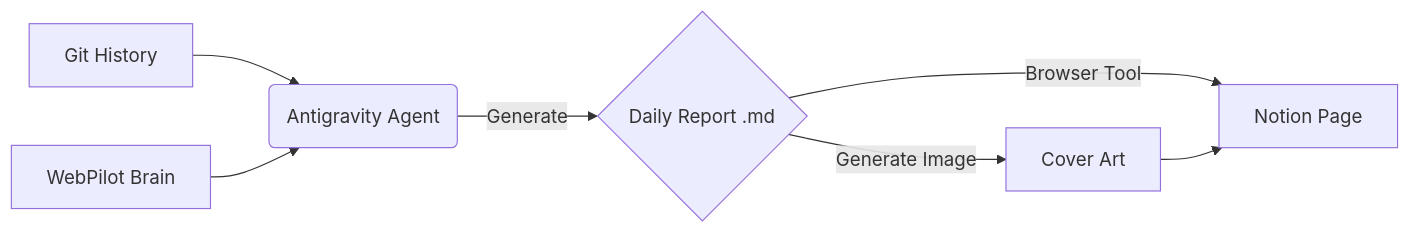
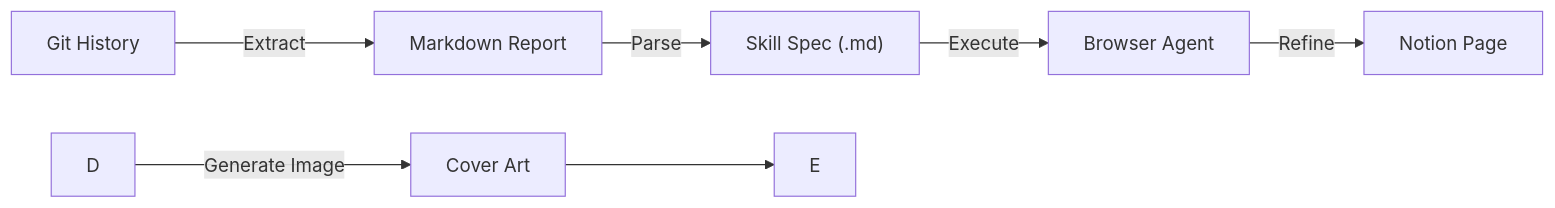
The diagram in src/content/reports/daily_rnd_report_2026_01_15.md (Yesol-Pilot/WebPilot-Engine), drawn with Mermaid before and after one commit. The commit also changed other lines of this file and 17 other files, not shown here.

Commit message:
feat: add Jan 16 report and fix mermaid syntax

````diff
--- a/src/content/reports/daily_rnd_report_2026_01_15.md
+++ b/src/content/reports/daily_rnd_report_2026_01_15.md
@@ -10,9 +15,9 @@
 ```mermaid
 graph LR
-    A[Git History] --> B(Antigravity Agent)
-    C[WebPilot Brain] --> B
-    B -->|Generate| D{Daily Report .md}
-    D -->|Browser Tool| E[Notion Page]
+    Log["Git History"] -->|Extract| MD["Markdown Report"]
+    MD -->|Parse| Spec["Skill Spec (.md)"]
+    Spec -->|Execute| Action["Browser Agent"]
+    Action -->|Refine| Final["Notion Page"]
     D -->|Generate Image| F[Cover Art]
     F --> E
 ```
````
